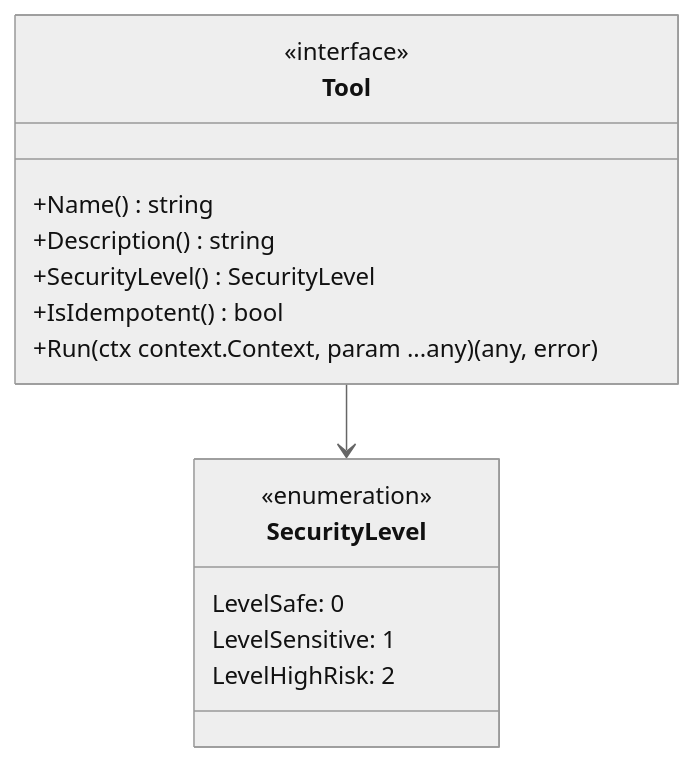
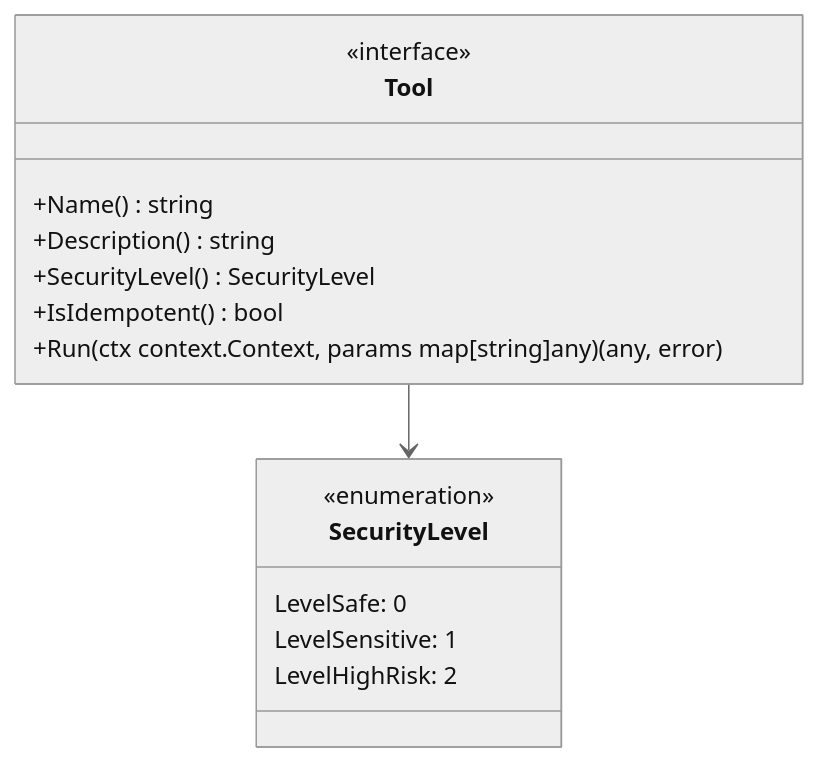
The first of 13 diagrams in docs/design/core-modules/tool-module.md (DotNetAge/goreact), drawn with Mermaid (neutral theme) before and after one commit. The commit also changed 35 other files, not shown here.

````diff
--- a/docs/design/core-modules/tool-module.md
+++ b/docs/design/core-modules/tool-module.md
@@ -37,20 +37,20 @@
 ```mermaid
 classDiagram
     class SecurityLevel {
         <<enumeration>>
         LevelSafe: 0
         LevelSensitive: 1
         LevelHighRisk: 2
     }
     
     class Tool {
         <<interface>>
         +Name() string
         +Description() string
         +SecurityLevel() SecurityLevel
         +IsIdempotent() bool
-        +Run(ctx context.Context, param ...any) (any, error)
+        +Run(ctx context.Context, params map[string]any) (any, error)
     }
 
     Tool --> SecurityLevel
 ```
````
